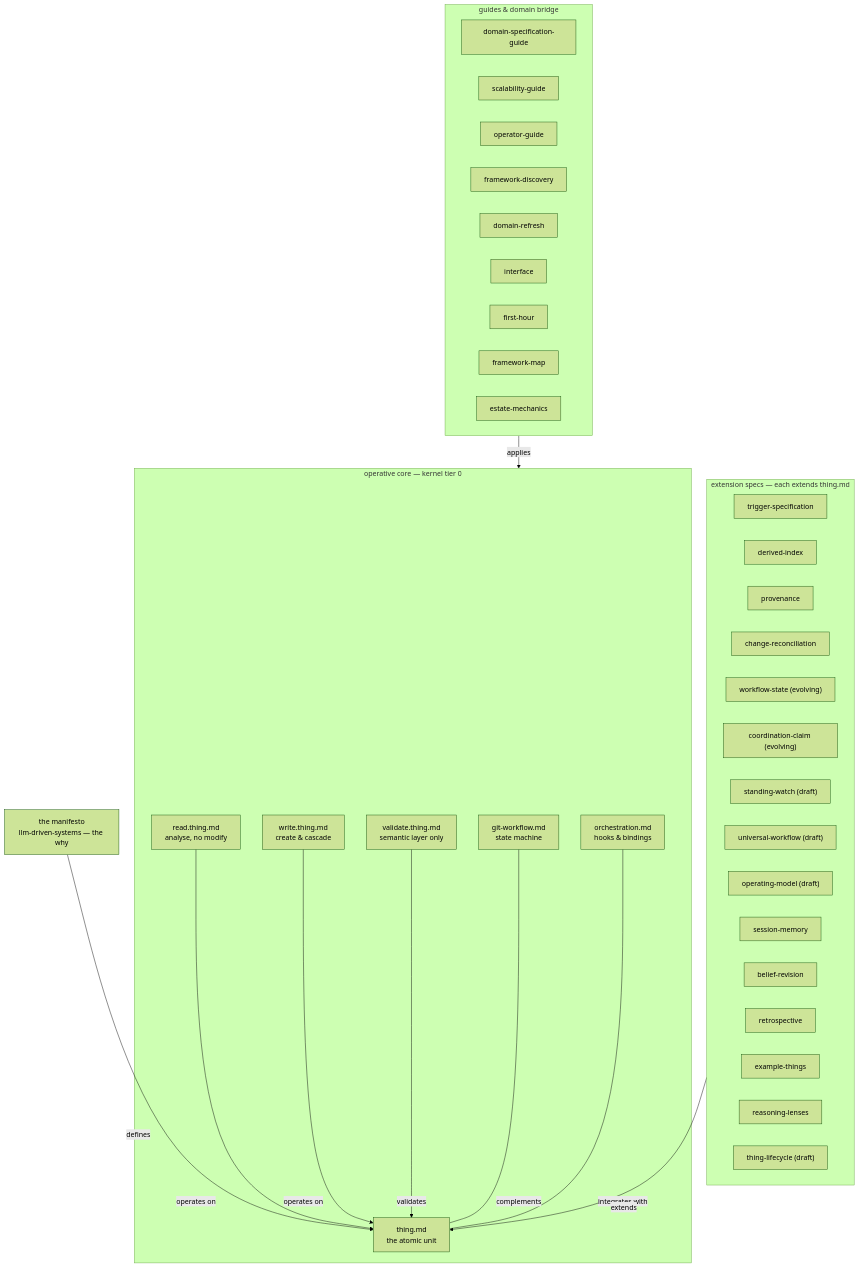
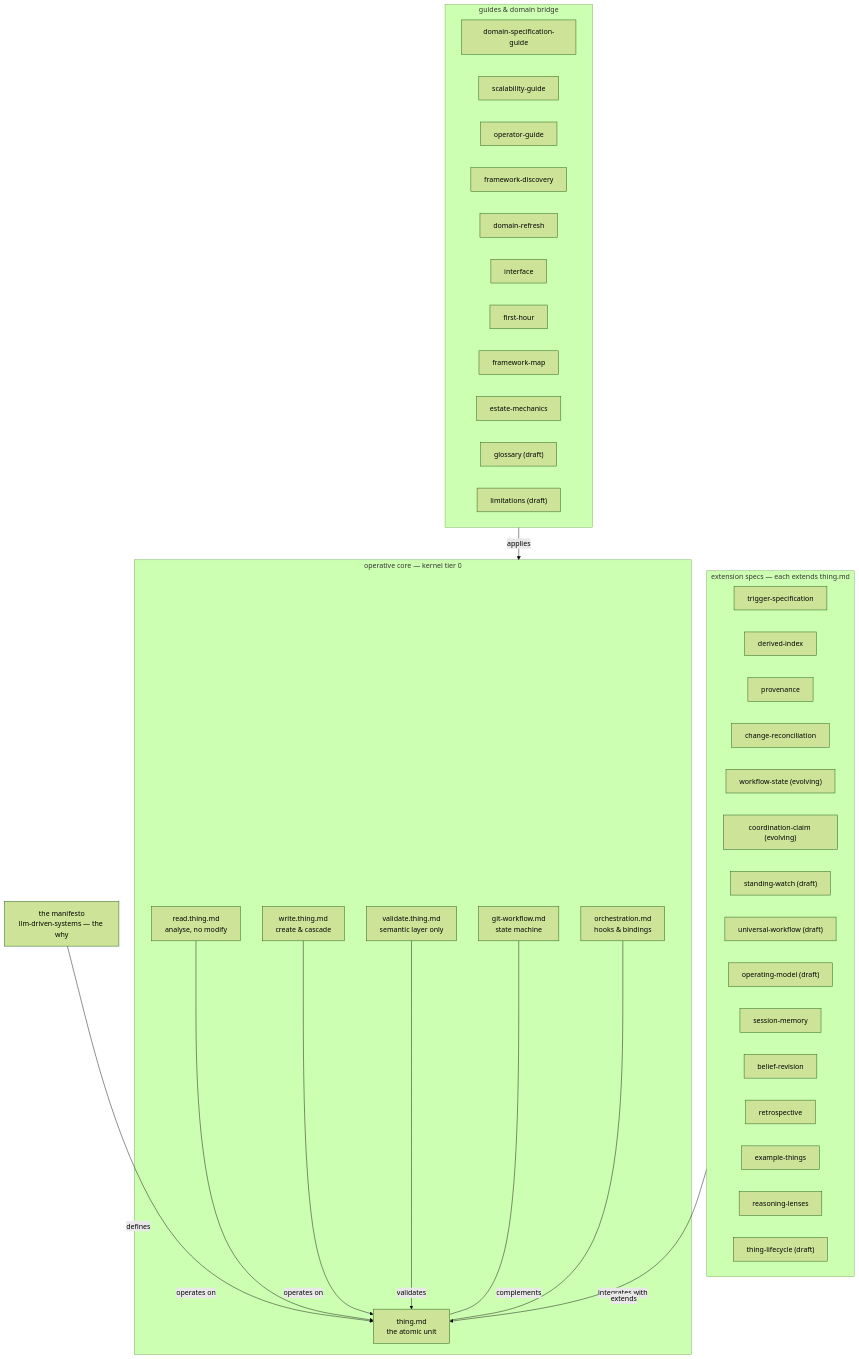
The second of 5 diagrams in docs/framework-map.md (JanoshMoshiri/MarkdownLLM), drawn with Mermaid (forest theme) before and after one commit. The commit also changed other lines of this file and 29 other files, not shown here.

````diff
--- a/docs/framework-map.md
+++ b/docs/framework-map.md
@@ -134,69 +134,71 @@
 ```mermaid
 flowchart TD
     accTitle: View 2 - the spec layer, showing what defines what
     accDescr {
         Everything centres on thing.md, the atomic unit. The manifesto defines
         it. Around it sits the operative core, the six specs that mdllm kernel
         distils into tier 0: git-workflow.md the state machine and thing.md
         complement each other, orchestration.md for hooks and bindings
         integrates with it, and read.thing.md analyses without modifying,
         write.thing.md creates and cascades, and validate.thing.md covers the
         semantic layer only - all three operating on it. A band of extension
         specs each extends thing.md: trigger-specification, derived-index,
         provenance, change-reconciliation, workflow-state, coordination-claim,
         standing-watch, universal-workflow, operating-model, session-memory, belief-revision,
         retrospective, example-things, reasoning-lenses and thing-lifecycle. A separate band of guides and the
         domain bridge - domain-specification-guide, scalability-guide,
         operator-guide, framework-discovery, domain-refresh, interface,
-        first-hour, framework-map and estate-mechanics - applies to the core
-        rather than defining
+        first-hour, framework-map, estate-mechanics, glossary and
+        limitations - applies to the core rather than defining
         any semantics. The navigation rule: when lost, start at thing.md and
         follow one extends edge outward.
     }
     MAN["the manifesto<br/>llm-driven-systems — the why"]
     subgraph core ["operative core — kernel tier 0"]
         GITW["git-workflow.md<br/>state machine"]
         THING["thing.md<br/>the atomic unit"]
         ORCH["orchestration.md<br/>hooks & bindings"]
         READ["read.thing.md<br/>analyse, no modify"]
         WRITE["write.thing.md<br/>create & cascade"]
         VAL["validate.thing.md<br/>semantic layer only"]
     end
     subgraph ext ["extension specs — each extends thing.md"]
         TRIG["trigger-specification"]
         DIDX["derived-index"]
         PROV["provenance"]
         CRECON["change-reconciliation"]
         WSTATE["workflow-state (evolving)"]
         COORD["coordination-claim (evolving)"]
         SWATCH["standing-watch (draft)"]
         UWORK["universal-workflow (draft)"]
         OPMODEL["operating-model (draft)"]
         SMEM["session-memory"]
         BREV["belief-revision"]
         RETRO["retrospective"]
         EXTH["example-things"]
         LENS["reasoning-lenses"]
         LIFE["thing-lifecycle (draft)"]
     end
     subgraph guides ["guides & domain bridge"]
         DSG["domain-specification-guide"]
         SCAL["scalability-guide"]
         OPG["operator-guide"]
         DISC["framework-discovery"]
         REFR["domain-refresh"]
         IFACE["interface"]
         FH["first-hour"]
         FMAP["framework-map"]
         EMECH["estate-mechanics"]
+        GLOSS["glossary (draft)"]
+        LIM["limitations (draft)"]
     end
 
     MAN -->|defines| THING
     READ -->|operates on| THING
     WRITE -->|operates on| THING
     VAL -->|validates| THING
     GITW ---|complements| THING
     ORCH ---|integrates with| THING
     ext -->|extends| THING
     guides -->|applies| core
 ```
````
